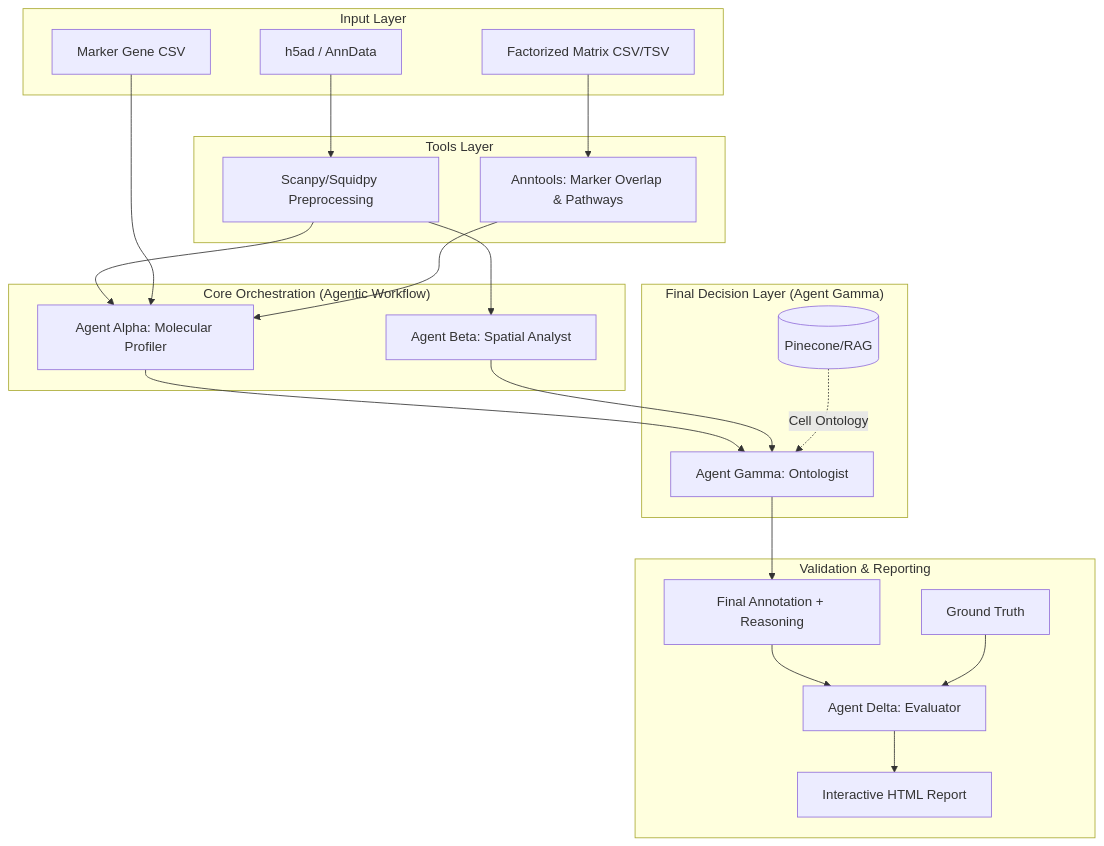
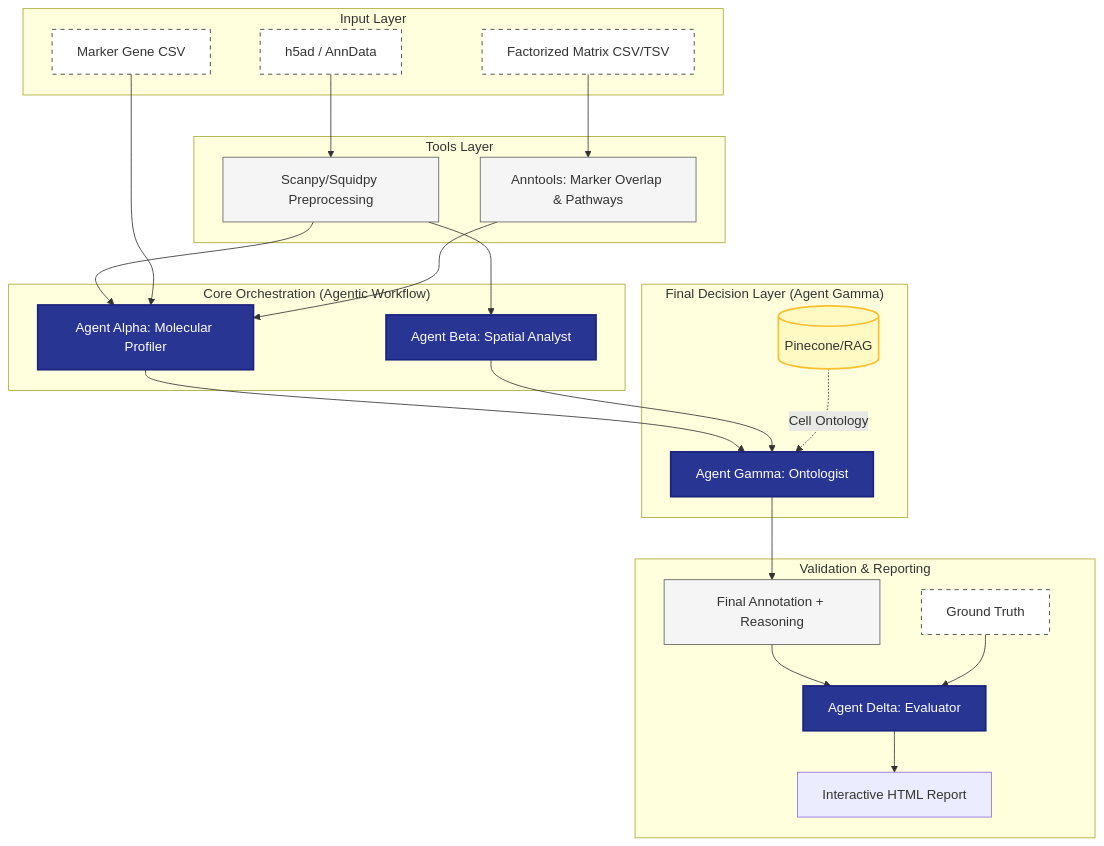
One commit to MorrissyLab/TranScribe changed the diagram in README.md. Above: the diagram before and after it, drawn with Mermaid.

Commit message:
docs: add styling to workflow diagram

````diff
--- a/README.md
+++ b/README.md
@@ -24,35 +24,45 @@
 ```mermaid
 graph TD
     subgraph "Input Layer"
         H5[h5ad / AnnData]
         CSV[Marker Gene CSV]
         FAC[Factorized Matrix CSV/TSV]
     end
 
     subgraph "Tools Layer"
         PRE[Scanpy/Squidpy Preprocessing]
         Ann[Anntools: Marker Overlap & Pathways]
         H5 --> PRE
         FAC --> Ann
     end
 
     subgraph "Core Orchestration (Agentic Workflow)"
         PRE --> Alpha[Agent Alpha: Molecular Profiler]
         CSV --> Alpha
         Ann --> Alpha
         PRE --> Beta[Agent Beta: Spatial Analyst]
     end
 
     subgraph "Final Decision Layer (Agent Gamma)"
         Alpha --> Gamma[Agent Gamma: Ontologist]
         Beta --> Gamma
         DB[(Pinecone/RAG)] -.->|Cell Ontology| Gamma
     end
 
     subgraph "Validation & Reporting"
         Gamma --> R[Final Annotation + Reasoning]
         R --> Delta[Agent Delta: Evaluator]
         GT[Ground Truth] --> Delta
         Delta --> V[Interactive HTML Report]
     end
+
+    classDef agent fill:#283593,color:#fff,stroke:#1a237e,stroke-width:2px;
+    classDef tool fill:#f5f5f5,stroke:#616161,stroke-width:1px;
+    classDef input fill:#fff,stroke:#333,stroke-dasharray: 5 5;
+    classDef database fill:#fff9c4,stroke:#fbc02d,stroke-width:2px;
+
+    class Alpha,Beta,Gamma,Delta agent;
+    class PRE,Ann,R tool;
+    class H5,CSV,FAC,GT input;
+    class DB database;
 ```
````
